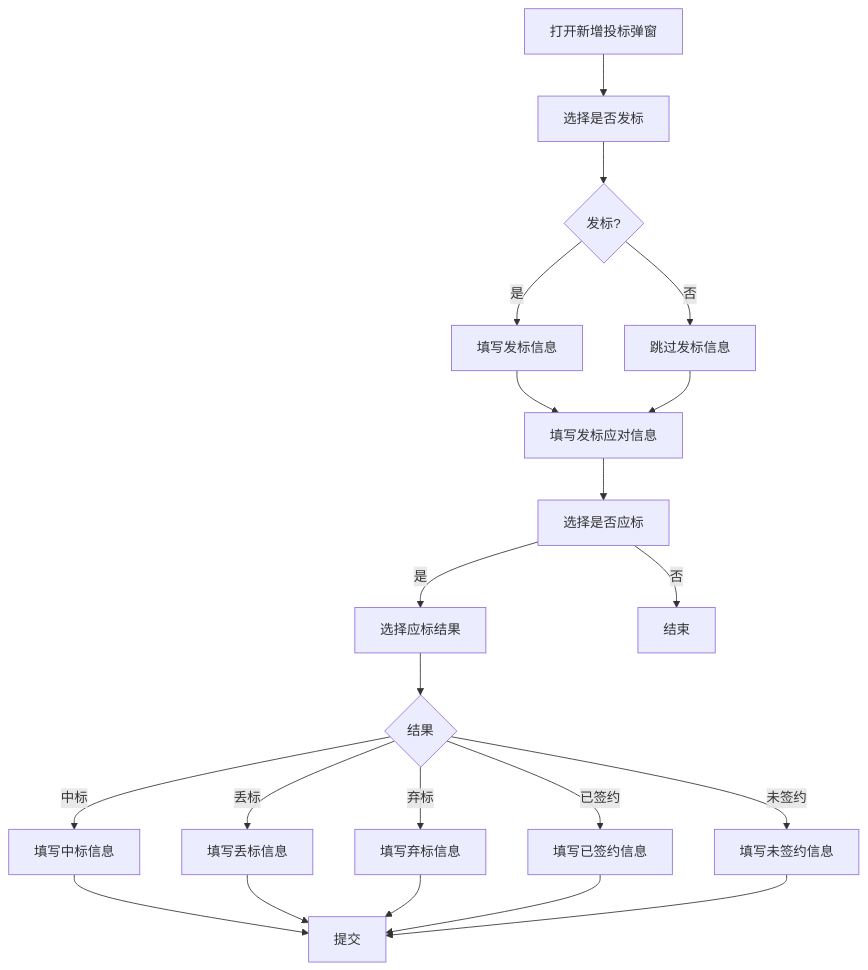
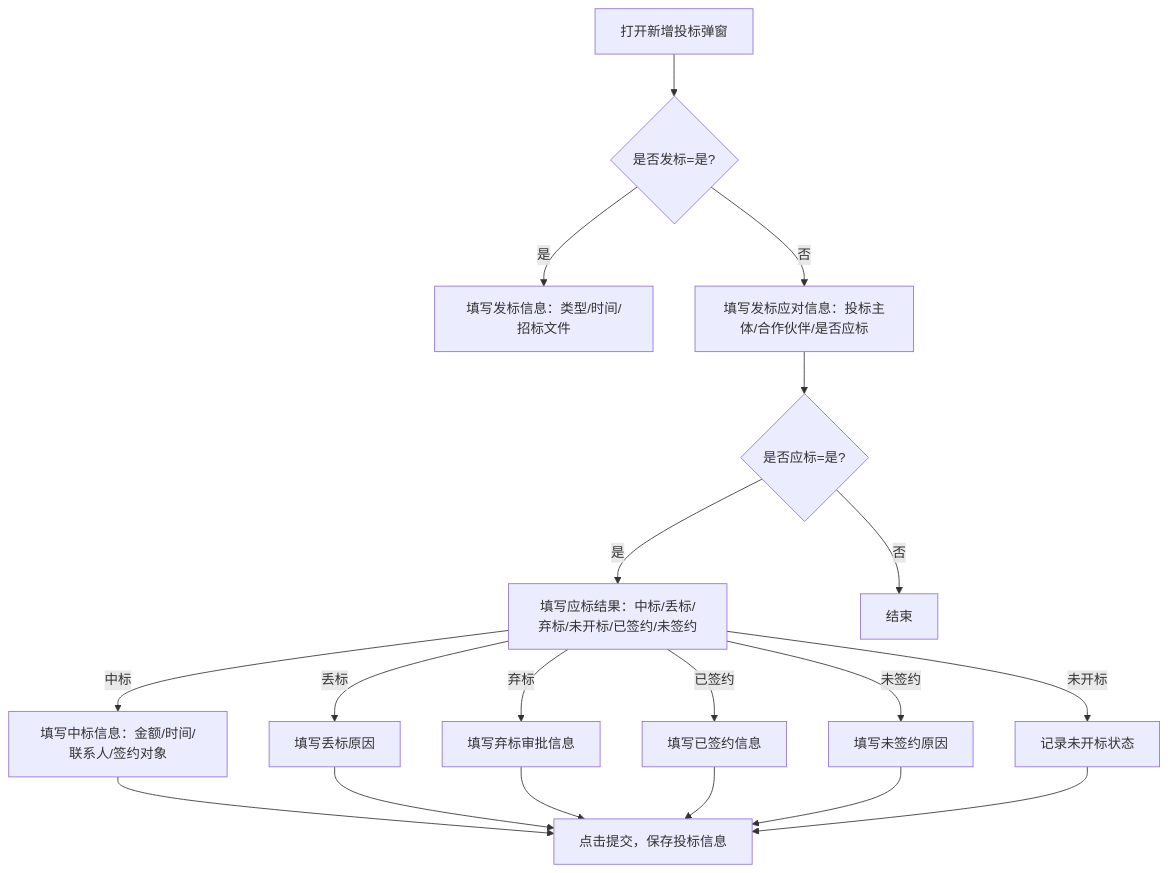
Before and after one commit to cuiweihaoxuan-eng/lto: the diagram in public/prd/_routes/add-bid-dialog.md, drawn with Mermaid. The commit also changed other lines of this file and 79 other files, not shown here.

````diff
--- a/public/prd/_routes/add-bid-dialog.md
+++ b/public/prd/_routes/add-bid-dialog.md
@@ -112,23 +53,21 @@
 ```mermaid
 graph TD
-    A[打开新增投标弹窗] --> B[选择是否发标]
-    B --> C{发标?}
-    C -->|是| D[填写发标信息]
-    C -->|否| E[跳过发标信息]
-    D --> F[填写发标应对信息]
-    E --> F
-    F --> G[选择是否应标]
-    G -->|是| H[选择应标结果]
-    G -->|否| I[结束]
-    H --> J{结果}
-    J -->|中标| K[填写中标信息]
-    J -->|丢标| L[填写丢标信息]
-    J -->|弃标| M[填写弃标信息]
-    J -->|已签约| N[填写已签约信息]
-    J -->|未签约| O[填写未签约信息]
-    K --> P[提交]
-    L --> P
-    M --> P
-    N --> P
-    O --> P
+    A[打开新增投标弹窗] --> B{是否发标=是?}
+    B -->|是| C[填写发标信息：类型/时间/招标文件]
+    B -->|否| D[填写发标应对信息：投标主体/合作伙伴/是否应标]
+    D --> E{是否应标=是?}
+    E -->|是| F[填写应标结果：中标/丢标/弃标/未开标/已签约/未签约]
+    E -->|否| G[结束]
+    F -->|中标| H[填写中标信息：金额/时间/联系人/签约对象]
+    F -->|丢标| I[填写丢标原因]
+    F -->|弃标| J[填写弃标审批信息]
+    F -->|已签约| K[填写已签约信息]
+    F -->|未签约| L[填写未签约原因]
+    F -->|未开标| M[记录未开标状态]
+    H --> N[点击提交，保存投标信息]
+    I --> N
+    J --> N
+    K --> N
+    L --> N
+    M --> N
 ```
````
